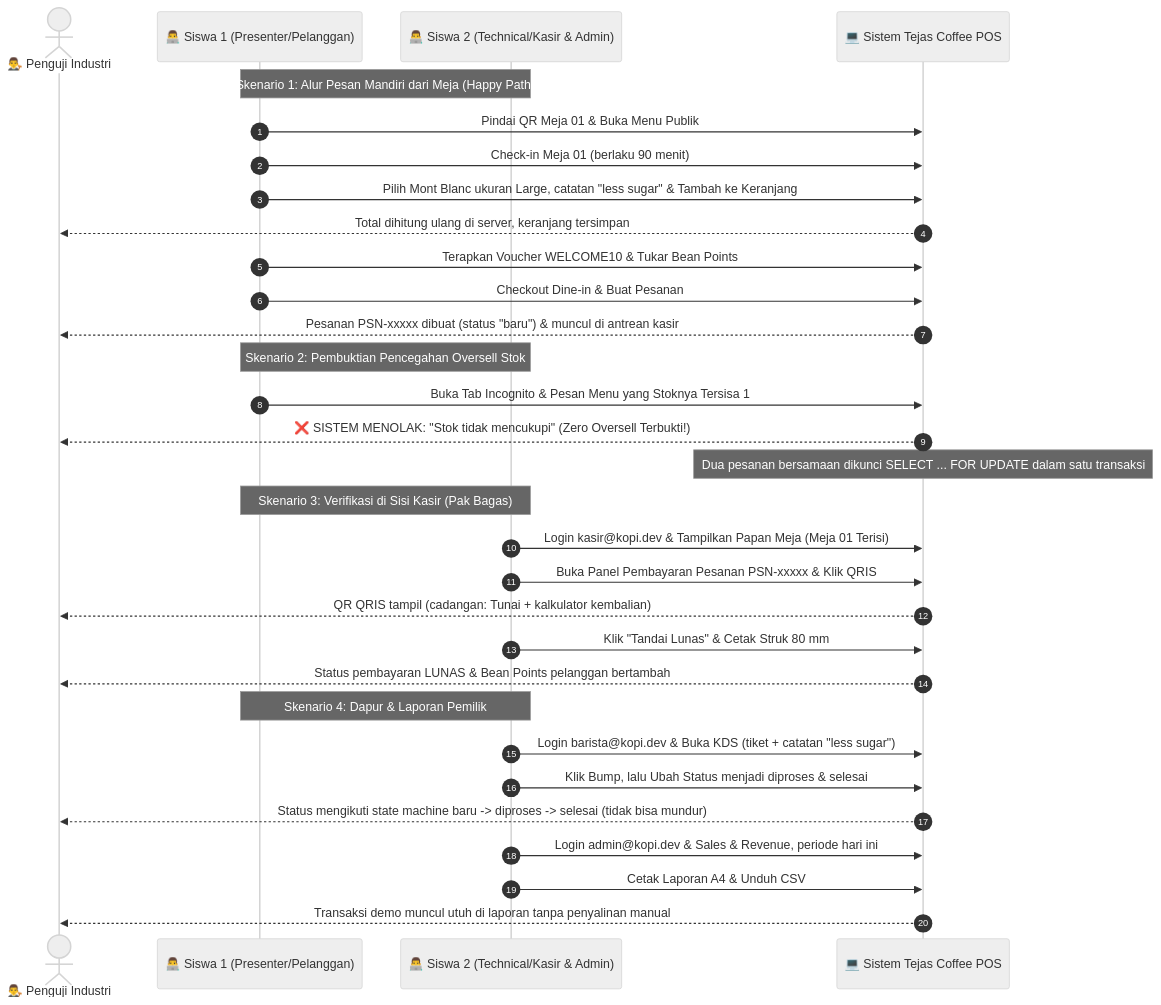
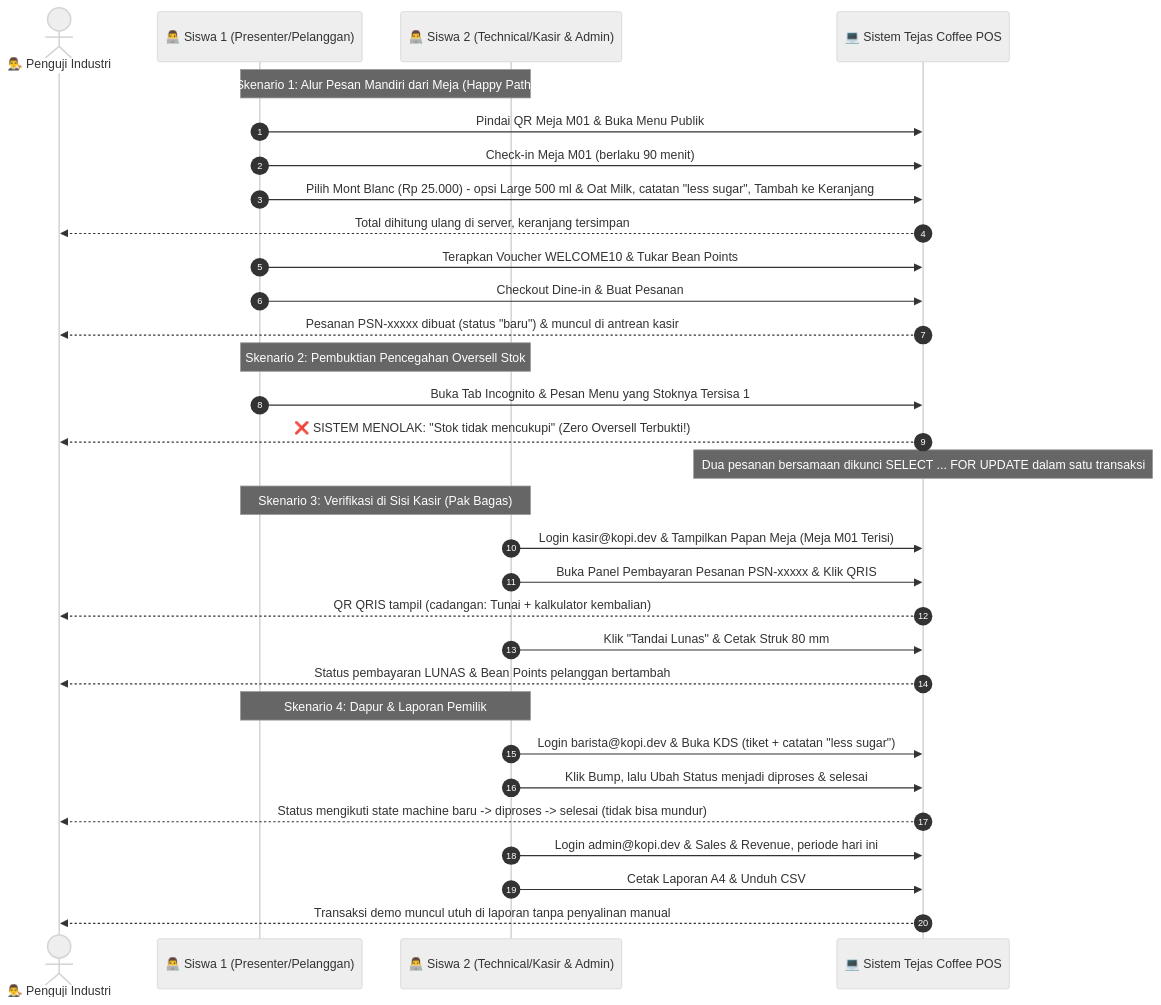
The diagram in docs/06-demo/S4-07_protokol-gladi-bersih-dan-live-demo.md (Xrayzen-AF/tejas-coffee), drawn with Mermaid (neutral theme) before and after one commit. The commit also changed 2 other files, not shown here.

Commit message:
docs(s4-07): samakan nomor meja dan opsi menu dengan kode nyata
Protokol memakai "Meja 01" padahal seeder memberi nomor M01, dan opsi
kustomisasi memakai label Large 500 ml / Oat Milk. Naskah demo juga
mengganti menu Cappuccino yang tidak ada di ProdukSeeder menjadi Mont Blanc.

🤖 Generated with Codebuff

````diff
--- a/docs/06-demo/S4-07_protokol-gladi-bersih-dan-live-demo.md
+++ b/docs/06-demo/S4-07_protokol-gladi-bersih-dan-live-demo.md
@@ -5,37 +5,37 @@
 ```mermaid
 sequenceDiagram
     autonumber
     actor Penguji as 👨‍⚖️ Penguji Industri
     participant Siswa1 as 👨‍💻 Siswa 1 (Presenter/Pelanggan)
     participant Siswa2 as 👨‍💻 Siswa 2 (Technical/Kasir & Admin)
     participant App as 💻 Sistem Tejas Coffee POS
 
     Note over Siswa1,Siswa2: Skenario 1: Alur Pesan Mandiri dari Meja (Happy Path)
-    Siswa1->>App: Pindai QR Meja 01 & Buka Menu Publik
-    Siswa1->>App: Check-in Meja 01 (berlaku 90 menit)
-    Siswa1->>App: Pilih Mont Blanc ukuran Large, catatan "less sugar" & Tambah ke Keranjang
+    Siswa1->>App: Pindai QR Meja M01 & Buka Menu Publik
+    Siswa1->>App: Check-in Meja M01 (berlaku 90 menit)
+    Siswa1->>App: Pilih Mont Blanc (Rp 25.000) - opsi Large 500 ml & Oat Milk, catatan "less sugar", Tambah ke Keranjang
     App-->>Penguji: Total dihitung ulang di server, keranjang tersimpan
     Siswa1->>App: Terapkan Voucher WELCOME10 & Tukar Bean Points
     Siswa1->>App: Checkout Dine-in & Buat Pesanan
     App-->>Penguji: Pesanan PSN-xxxxx dibuat (status "baru") & muncul di antrean kasir
 
     Note over Siswa1,Siswa2: Skenario 2: Pembuktian Pencegahan Oversell Stok
     Siswa1->>App: Buka Tab Incognito & Pesan Menu yang Stoknya Tersisa 1
     App-->>Penguji: ❌ SISTEM MENOLAK: "Stok tidak mencukupi" (Zero Oversell Terbukti!)
     Note over App: Dua pesanan bersamaan dikunci SELECT ... FOR UPDATE dalam satu transaksi
 
     Note over Siswa1,Siswa2: Skenario 3: Verifikasi di Sisi Kasir (Pak Bagas)
-    Siswa2->>App: Login kasir@kopi.dev & Tampilkan Papan Meja (Meja 01 Terisi)
+    Siswa2->>App: Login kasir@kopi.dev & Tampilkan Papan Meja (Meja M01 Terisi)
     Siswa2->>App: Buka Panel Pembayaran Pesanan PSN-xxxxx & Klik QRIS
     App-->>Penguji: QR QRIS tampil (cadangan: Tunai + kalkulator kembalian)
     Siswa2->>App: Klik "Tandai Lunas" & Cetak Struk 80 mm
     App-->>Penguji: Status pembayaran LUNAS & Bean Points pelanggan bertambah
 
     Note over Siswa1,Siswa2: Skenario 4: Dapur & Laporan Pemilik
     Siswa2->>App: Login barista@kopi.dev & Buka KDS (tiket + catatan "less sugar")
     Siswa2->>App: Klik Bump, lalu Ubah Status menjadi diproses & selesai
     App-->>Penguji: Status mengikuti state machine baru -> diproses -> selesai (tidak bisa mundur)
     Siswa2->>App: Login admin@kopi.dev & Sales & Revenue, periode hari ini
     Siswa2->>App: Cetak Laporan A4 & Unduh CSV
     App-->>Penguji: Transaksi demo muncul utuh di laporan tanpa penyalinan manual
 ```
````
